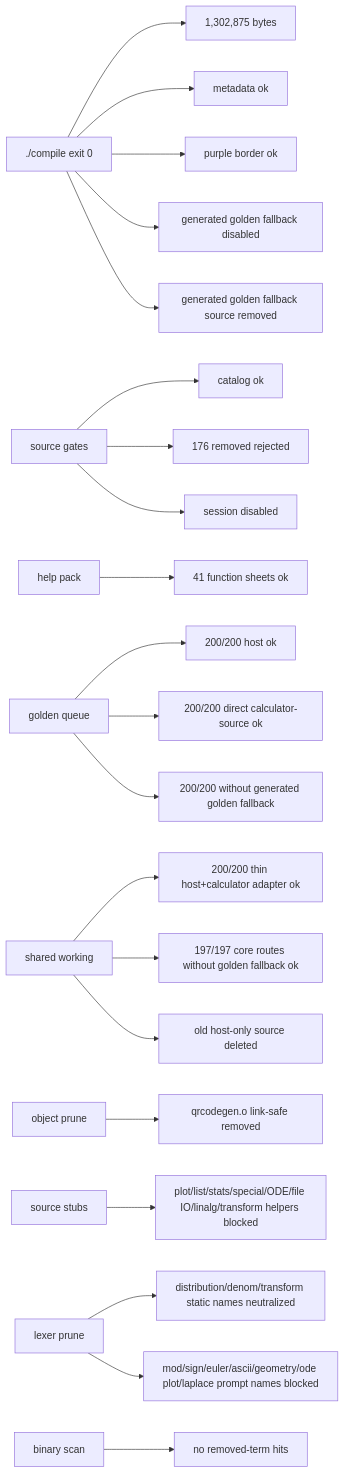
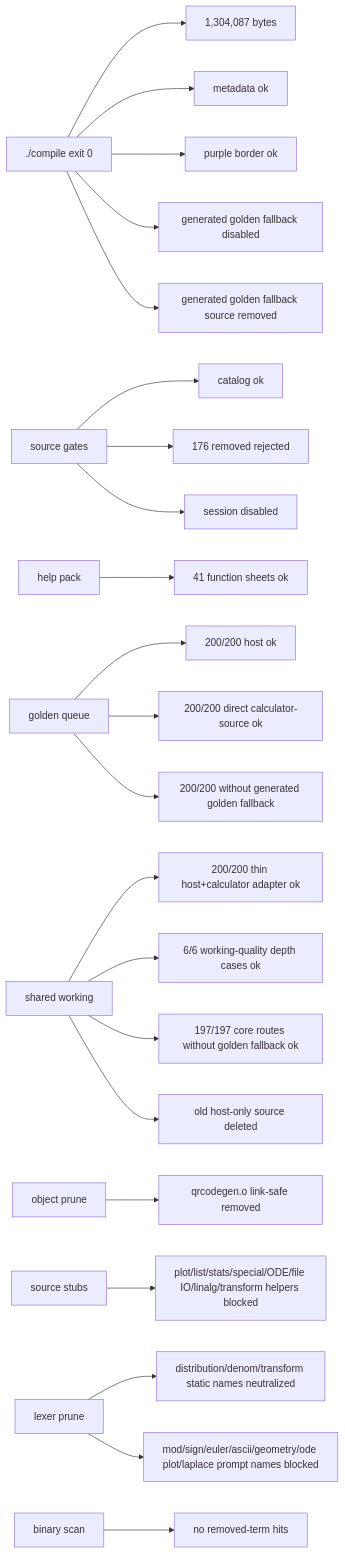
The seventh of 7 diagrams in docs/GRAPH.md (james8464/notes-addin-casio-fx-cg50), drawn with Mermaid before and after one commit. The commit also changed other lines of this file and 3 other files, not shown here.

Commit message:
test: enforce working line quality

````diff
--- a/docs/GRAPH.md
+++ b/docs/GRAPH.md
@@ -154,23 +156,24 @@
 ```mermaid
 graph LR
-  Build["./compile exit 0"] --> Size["1,302,875 bytes"]
+  Build["./compile exit 0"] --> Size["1,304,087 bytes"]
   Build --> Meta["metadata ok"]
   Build --> Border["purple border ok"]
   Build --> NoRuntimeFallback["generated golden fallback disabled"]
   Build --> NoRuntimeSource["generated golden fallback source removed"]
   Source["source gates"] --> Catalog["catalog ok"]
   Source --> Removed["176 removed rejected"]
   Source --> Session["session disabled"]
   Help["help pack"] --> HelpQ["41 function sheets ok"]
   Queue["golden queue"] --> QueueRun["200/200 host ok"]
   Queue --> GoldenRun["200/200 direct calculator-source ok"]
   Queue --> NoGolden["200/200 without generated golden fallback"]
   Shared["shared working"] --> SharedRun["200/200 thin host+calculator adapter ok"]
+  Shared --> WorkQ["6/6 working-quality depth cases ok"]
   Shared --> CoreRun["197/197 core routes without golden fallback ok"]
   Shared --> NoHostSrc["old host-only source deleted"]
   Obj["object prune"] --> QR["qrcodegen.o link-safe removed"]
   Macro["source stubs"] --> Stubbed["plot/list/stats/special/ODE/file IO/linalg/transform helpers blocked"]
   Static["lexer prune"] --> StaticRun["distribution/denom/transform static names neutralized"]
   Static --> PromptRun["mod/sign/euler/ascii/geometry/ode plot/laplace prompt names blocked"]
   Bin["binary scan"] --> NoLeak["no removed-term hits"]
 ```
````
